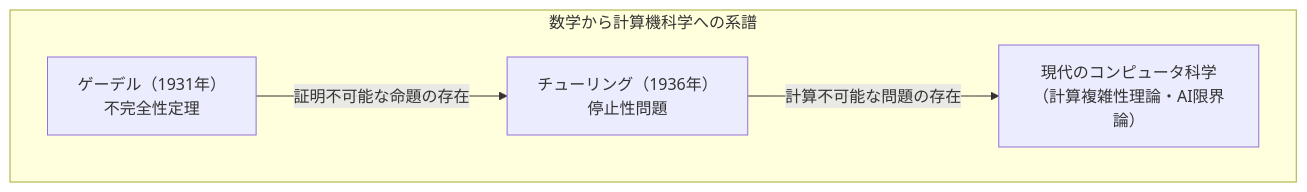
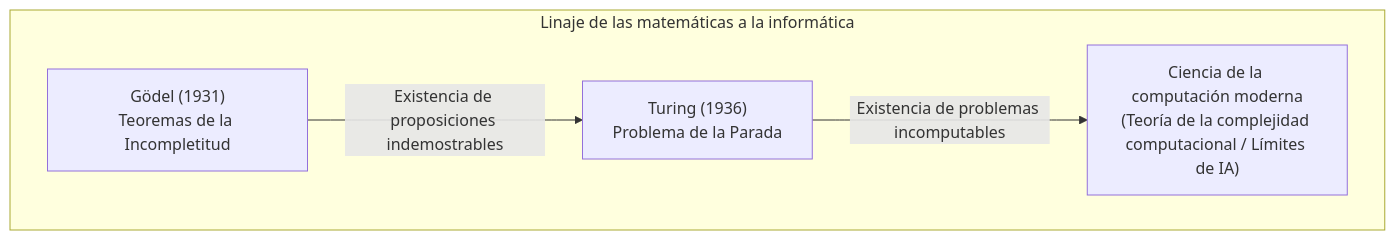
The fourth of 4 diagrams in content/post/godels-incompleteness-theorems/index.es.md (kenjinote/blog), drawn with Mermaid before and after one commit. The commit also changed other lines of this file and 28 other files, not shown here.

Commit message:
Translate Japanese text inside Mermaid diagrams to respective languages

````diff
--- a/content/post/godels-incompleteness-theorems/index.es.md
+++ b/content/post/godels-incompleteness-theorems/index.es.md
@@ -145,7 +145,7 @@
 ```mermaid
 graph TD
-    subgraph "数学から計算機科学への系譜"
-        Godel["ゲーデル（1931年）<br/>不完全性定理"] -->|"証明不可能な命題の存在"| Turing["チューリング（1936年）<br/>停止性問題"]
-        Turing -->|"計算不可能な問題の存在"| Computer["現代のコンピュータ科学<br/>（計算複雑性理論・AI限界論）"]
+    subgraph "Linaje de las matemáticas a la informática"
+        Godel["Gödel (1931)<br/>Teoremas de la Incompletitud"] -->|"Existencia de proposiciones indemostrables"| Turing["Turing (1936)<br/>Problema de la Parada"]
+        Turing -->|"Existencia de problemas incomputables"| Computer["Ciencia de la computación moderna<br/>(Teoría de la complejidad computacional / Límites de IA)"]
     end
 ```
````
